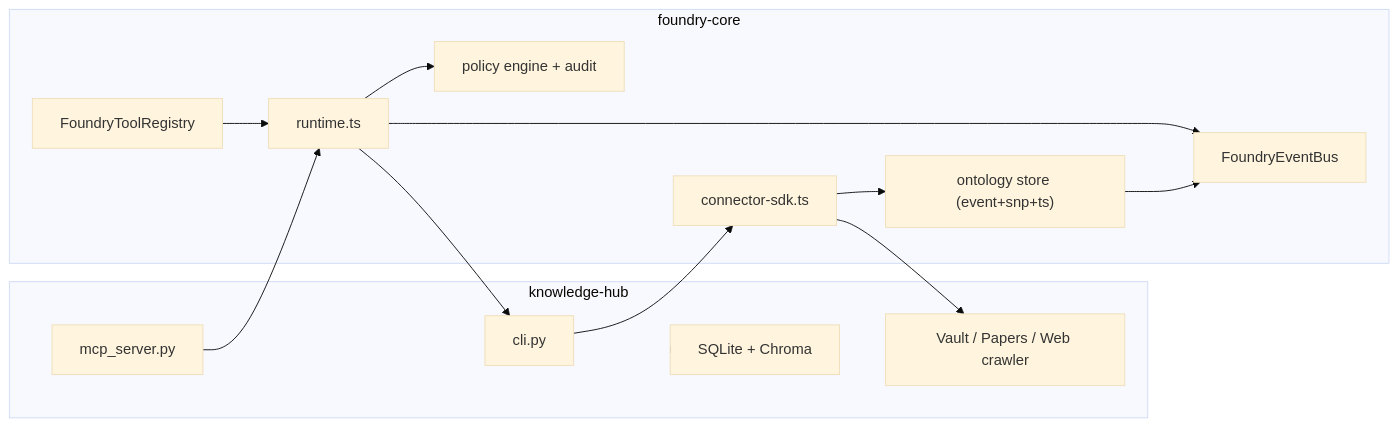
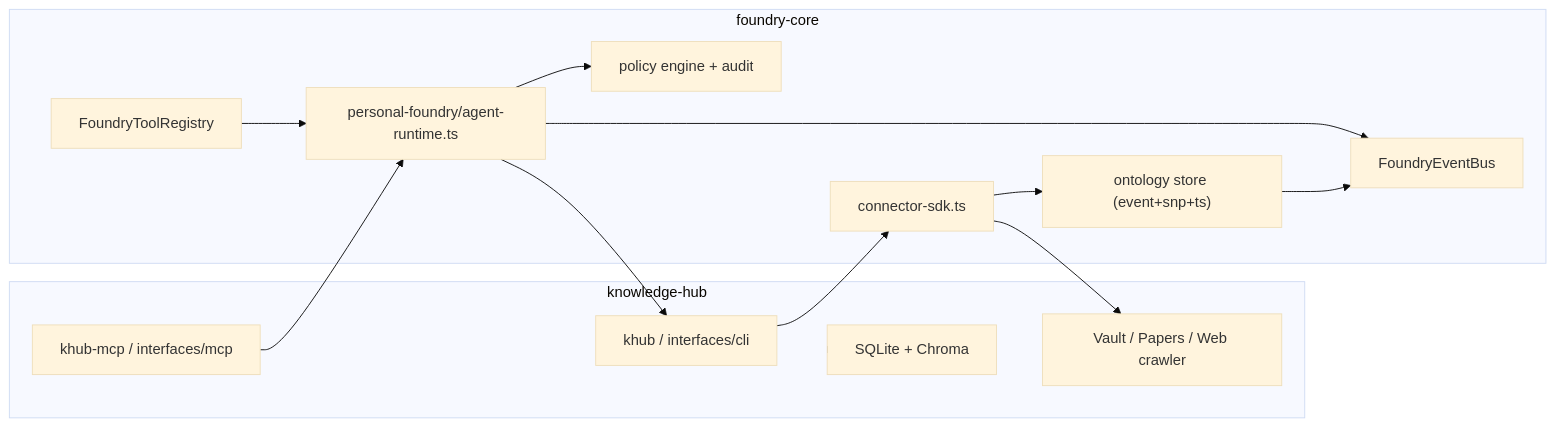
Before and after one commit to chowonje/knowledge-hub: the diagram in foundry-core/docs/personal-foundry-terminal-architecture.md, drawn with Mermaid (base theme). The commit also changed other lines of this file and 47 other files, not shown here.

````diff
--- a/foundry-core/docs/personal-foundry-terminal-architecture.md
+++ b/foundry-core/docs/personal-foundry-terminal-architecture.md
@@ -17,29 +19,29 @@
 ```mermaid
 flowchart LR
   subgraph KH["knowledge-hub"]
-    KCLI["cli.py"]
-    MCP["mcp_server.py"]
+    KCLI["khub / interfaces/cli"]
+    MCP["khub-mcp / interfaces/mcp"]
     KV["Vault / Papers / Web crawler"]
     DB["SQLite + Chroma"]
   end
 
   subgraph FC["foundry-core"]
     FS["connector-sdk.ts"]
-    RT["runtime.ts"]
+    RT["personal-foundry/agent-runtime.ts"]
     ON["ontology store (event+snp+ts)"]
     BUS["FoundryEventBus"]
     PL["policy engine + audit"]
     FT["FoundryToolRegistry"]
   end
 
   KCLI --> FS
   FS --> KV
   KH --> DB
   FS --> ON
   ON --> BUS
   FT --> RT
   RT --> PL
   RT --> BUS
   RT --> KCLI
   MCP --> RT
 ```
````
